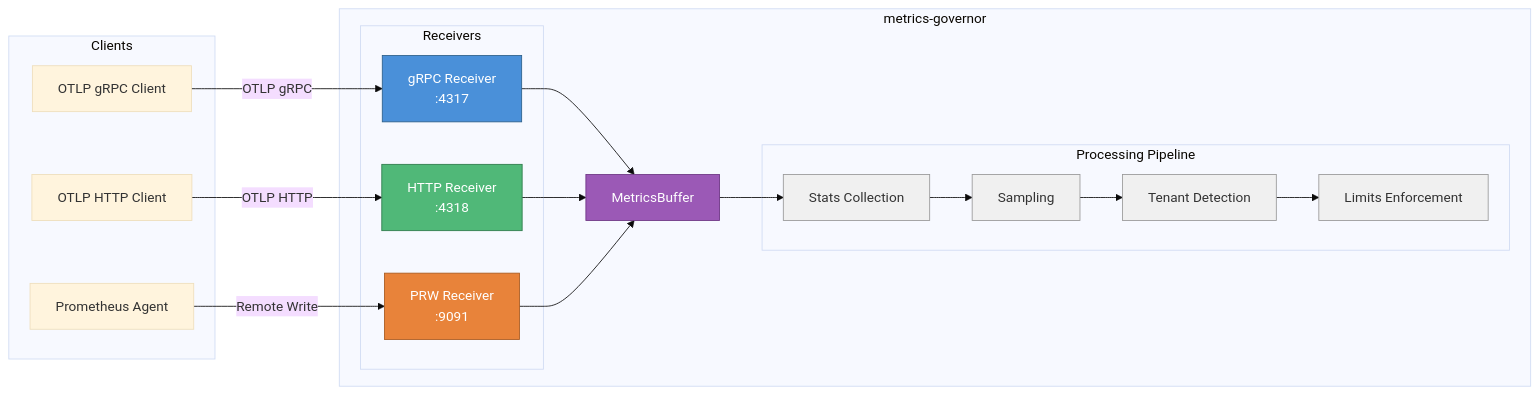
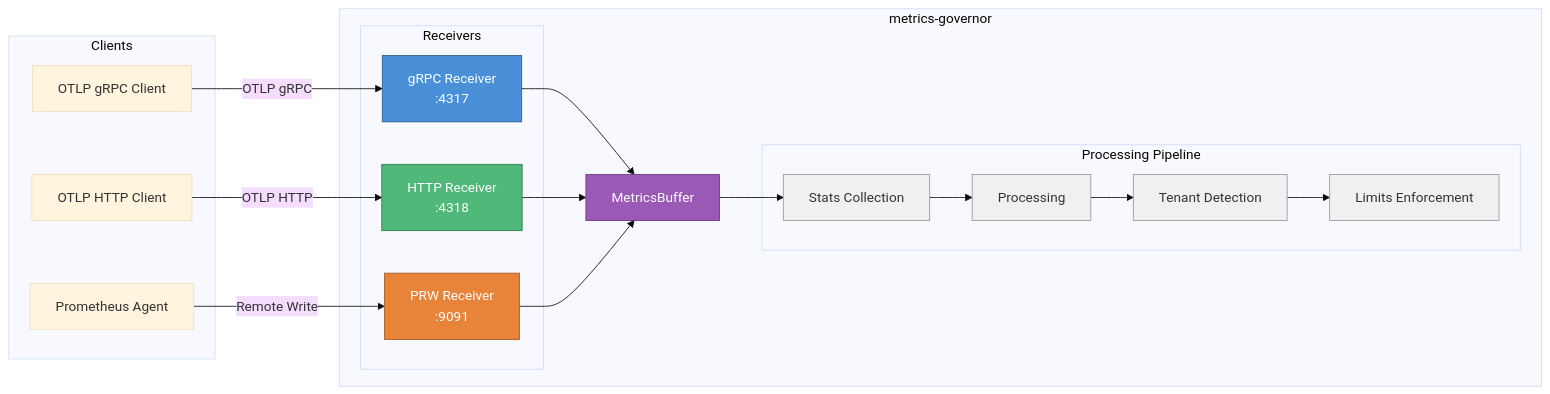
One commit to szibis/metrics-governor changed the first of 5 diagrams in docs/receiving.md. Above: the diagram before and after it, drawn with Mermaid (base theme). The commit also changed other lines of this file and 48 other files, not shown here.

````diff
--- a/docs/receiving.md
+++ b/docs/receiving.md
@@ -41,43 +41,43 @@
 ```mermaid
 graph LR
     subgraph Clients
         C1[OTLP gRPC Client]
         C2[OTLP HTTP Client]
         C3[Prometheus Agent]
     end
 
     subgraph metrics-governor
         subgraph Receivers
             G[gRPC Receiver<br/>:4317]
             H[HTTP Receiver<br/>:4318]
             P[PRW Receiver<br/>:9091]
         end
 
         B[MetricsBuffer]
 
         subgraph Processing Pipeline
             ST[Stats Collection]
-            SA[Sampling]
+            SA[Processing]
             TE[Tenant Detection]
             LI[Limits Enforcement]
         end
     end
 
     C1 -->|OTLP gRPC| G
     C2 -->|OTLP HTTP| H
     C3 -->|Remote Write| P
 
     G --> B
     H --> B
     P --> B
     B --> ST --> SA --> TE --> LI
 
     style G fill:#4a90d9,stroke:#2c5f8a,color:#fff
     style H fill:#50b878,stroke:#2d7a4a,color:#fff
     style P fill:#e8833a,stroke:#a85a20,color:#fff
     style B fill:#9b59b6,stroke:#6c3483,color:#fff
     style ST fill:#f0f0f0,stroke:#999
     style SA fill:#f0f0f0,stroke:#999
     style TE fill:#f0f0f0,stroke:#999
     style LI fill:#f0f0f0,stroke:#999
 ```
````
